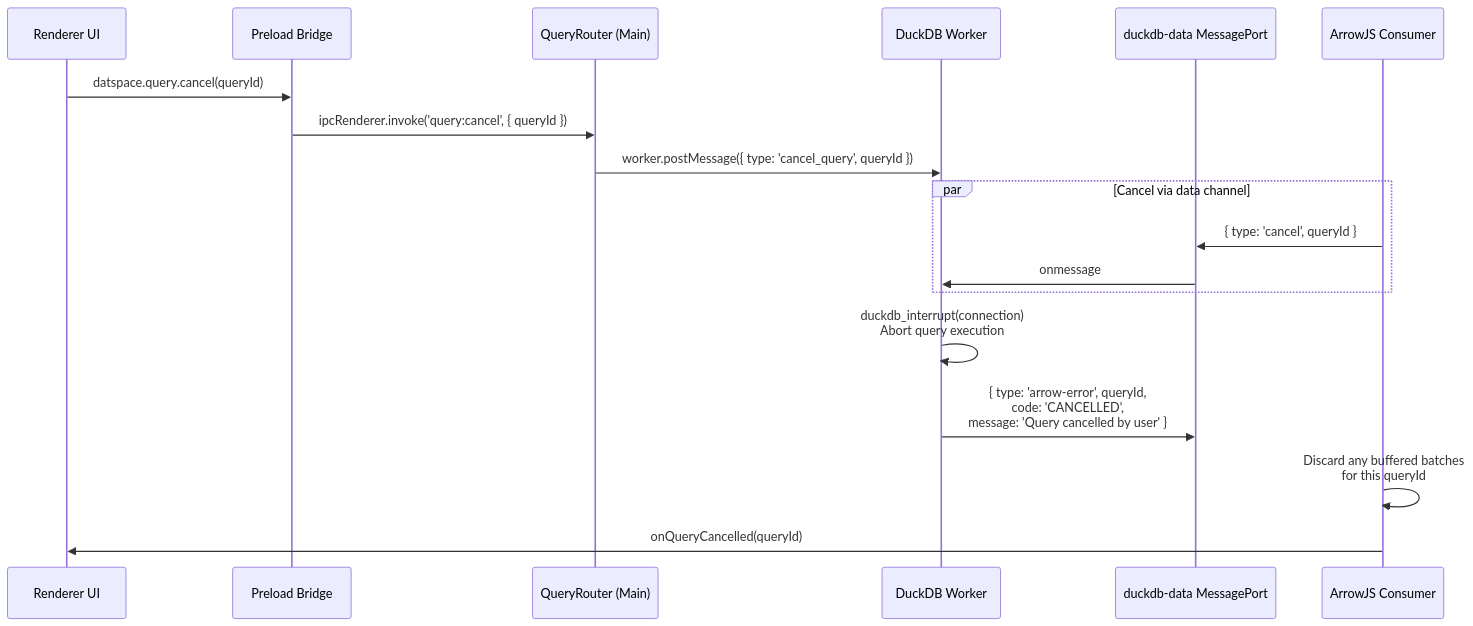
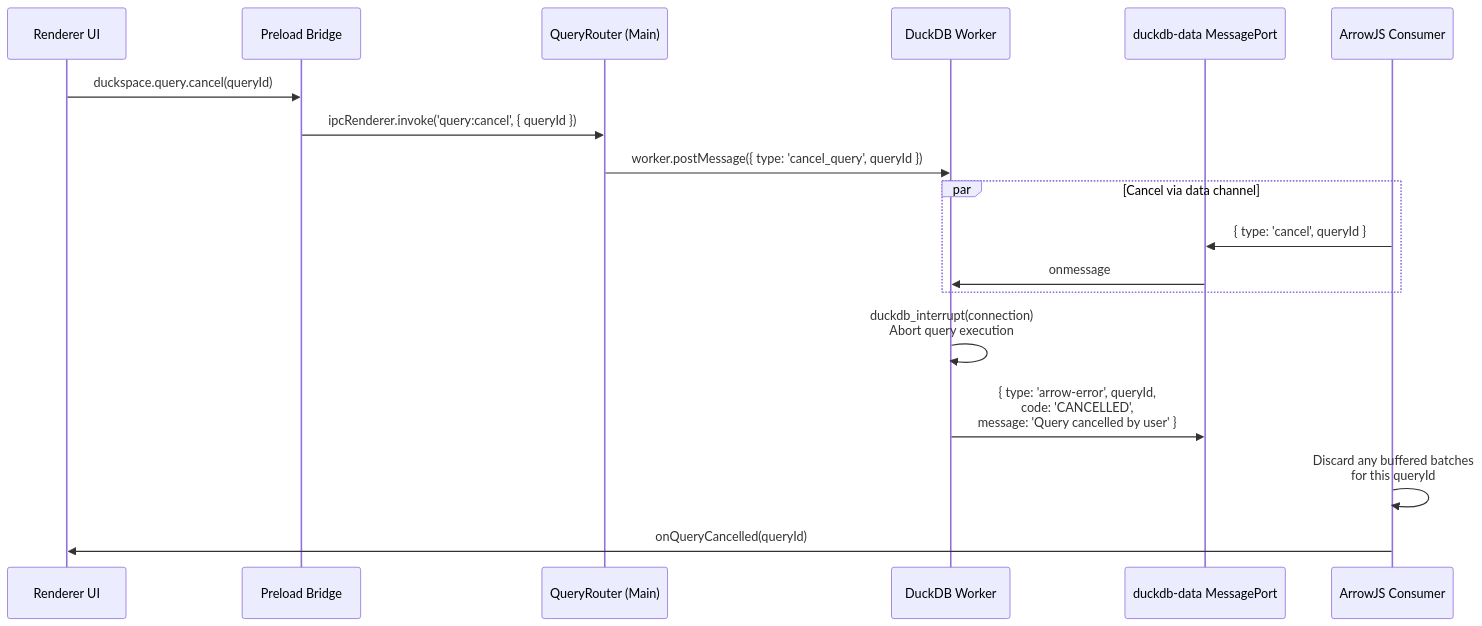
Before and after one commit to discohead/duckspace: the sixth of 7 diagrams in context/artifacts/design/03-arrow-data-plane.md, drawn with Mermaid. The commit also changed other lines of this file and 111 other files, not shown here.

First line of the commit message:
chore: rename project from Datspace to Duckspace

````diff
--- a/context/artifacts/design/03-arrow-data-plane.md
+++ b/context/artifacts/design/03-arrow-data-plane.md
@@ -623,25 +623,25 @@
 ```mermaid
 sequenceDiagram
     participant UI as Renderer UI
     participant PB as Preload Bridge
     participant QR as QueryRouter (Main)
     participant DW as DuckDB Worker
     participant MP as duckdb-data MessagePort
     participant AJ as ArrowJS Consumer
 
-    UI->>PB: datspace.query.cancel(queryId)
+    UI->>PB: duckspace.query.cancel(queryId)
     PB->>QR: ipcRenderer.invoke('query:cancel', { queryId })
     QR->>DW: worker.postMessage({ type: 'cancel_query', queryId })
 
     par Cancel via data channel
         AJ->>MP: { type: 'cancel', queryId }
         MP->>DW: onmessage
     end
 
     DW->>DW: duckdb_interrupt(connection)<br/>Abort query execution
 
     DW->>MP: { type: 'arrow-error', queryId,<br/>  code: 'CANCELLED',<br/>  message: 'Query cancelled by user' }
 
     AJ->>AJ: Discard any buffered batches<br/>for this queryId
     AJ->>UI: onQueryCancelled(queryId)
 ```
````
